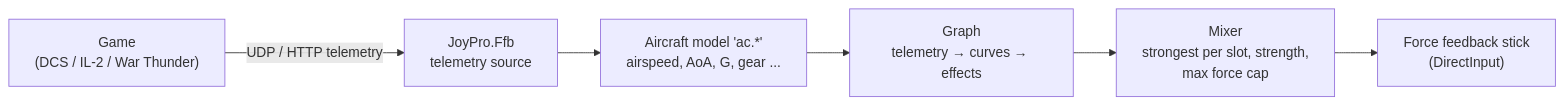
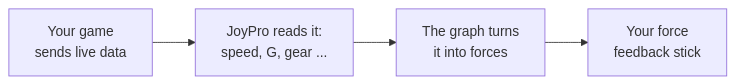
The diagram in website/content/gui/ffb.md (Holdi601/JoystickProfiler2), drawn with Mermaid before and after one commit. The commit also changed other lines of this file and 718 other files, not shown here.

Commit message:
JoyPro2 2.7.0

````diff
--- a/website/content/gui/ffb.md
+++ b/website/content/gui/ffb.md
@@ -17,8 +17,7 @@
 ```mermaid
 flowchart LR
-  G["Game<br/>(DCS / IL-2 / War Thunder)"] -->|UDP / HTTP telemetry| S["JoyPro.Ffb<br/>telemetry source"]
-  S --> M["Aircraft model 'ac.*'<br/>airspeed, AoA, G, gear ..."]
-  M --> GR["Graph<br/>telemetry → curves → effects"]
-  GR --> X["Mixer<br/>strongest per slot, strength,<br/>max force cap"]
-  X --> D["Force feedback stick<br/>(DirectInput)"]
+  G["Your game<br/>sends live data"] --> M["JoyPro reads it:<br/>speed, G, gear ..."]
+  M --> GR["The graph turns<br/>it into forces"]
+  GR --> D["Your force<br/>feedback stick"]
+%% caption: From the game's live data (DCS, IL-2, War Thunder) to forces on your stick. Every arrow runs all the time while you fly.
 ```
````
